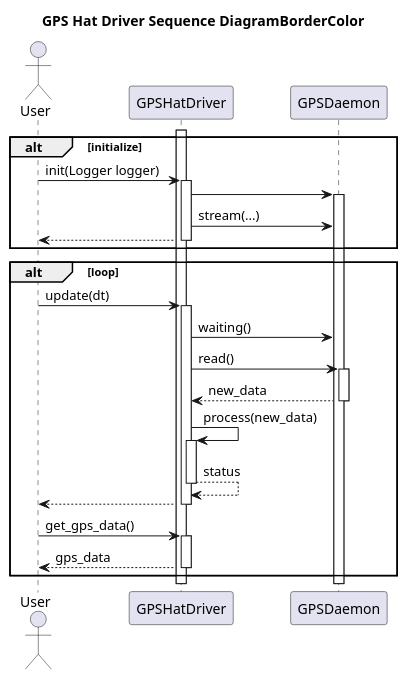
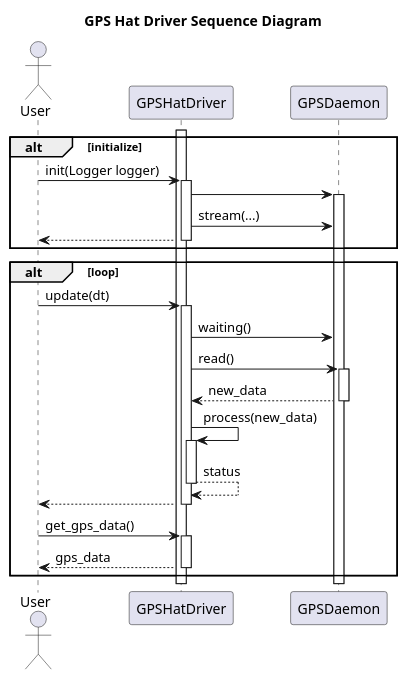
Before and after one commit to dgitz/ros_hats: the diagram in nodes/GPSHatNode/driver/GPSHatDriver/doc/GPSHatDriverSequenceDiagram.puml, drawn with PlantUML. The commit also changed 2 other files, not shown here.

```diff
--- a/nodes/GPSHatNode/driver/GPSHatDriver/doc/GPSHatDriverSequenceDiagram.puml
+++ b/nodes/GPSHatNode/driver/GPSHatDriver/doc/GPSHatDriverSequenceDiagram.puml
@@ -1,27 +1,27 @@
 @startuml
-title GPS Hat Driver Sequence DiagramBorderColor
+title GPS Hat Driver Sequence Diagram
 actor User as user
 participant GPSHatDriver as driver
 participant GPSDaemon as daemon
 
 alt initialize
 activate driver
 user -> driver++: init(Logger logger)
 driver -> daemon++
 driver -> daemon: stream(...)
 driver --> user--
 end
 alt loop
 user -> driver++: update(dt)
 driver -> daemon: waiting()
 driver -> daemon++: read()
 daemon --> driver--: new_data
 driver -> driver++: process(new_data)
 driver --> driver--: status
 
 driver --> user--: 
 user -> driver++: get_gps_data()
 driver --> user--: gps_data
 end
 
 @enduml
```
